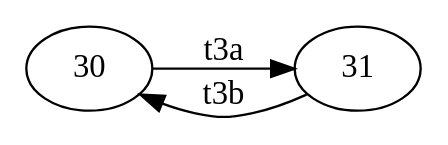
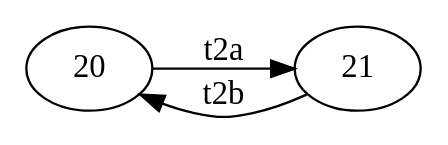
One commit to lucalavazza/Algoritmi-e-Strutture-Dati changed the diagram in ASD/C2.gv. Above: the diagram before and after it, drawn with Graphviz. The commit also changed 4 other files, not shown here.

```diff
--- a/ASD/C2.gv
+++ b/ASD/C2.gv
@@ -1,5 +1,5 @@
 digraph C2 {
 	rankdir=LR size=8.5
-	30 -> 31 [label=t3a]
-	31 -> 30 [label=t3b]
+	20 -> 21 [label=t2a]
+	21 -> 20 [label=t2b]
 }
```
